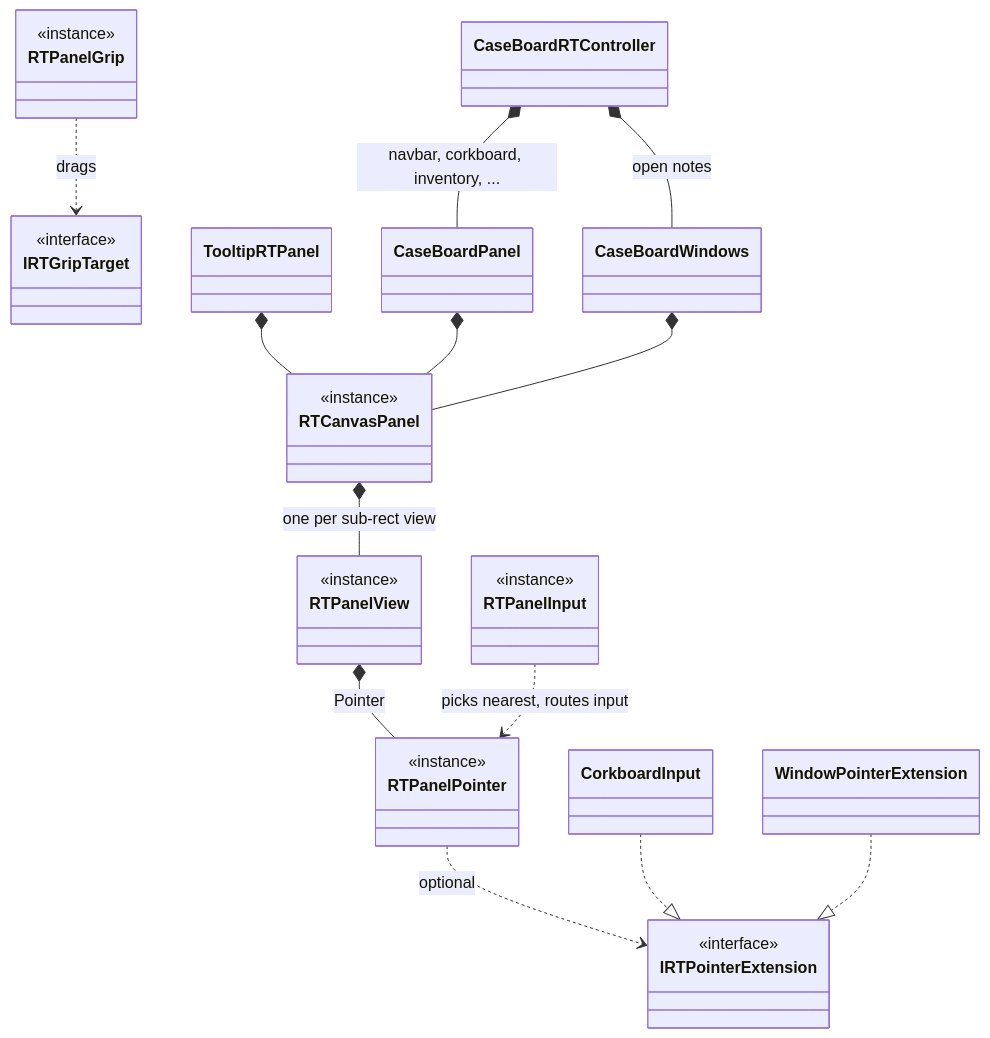
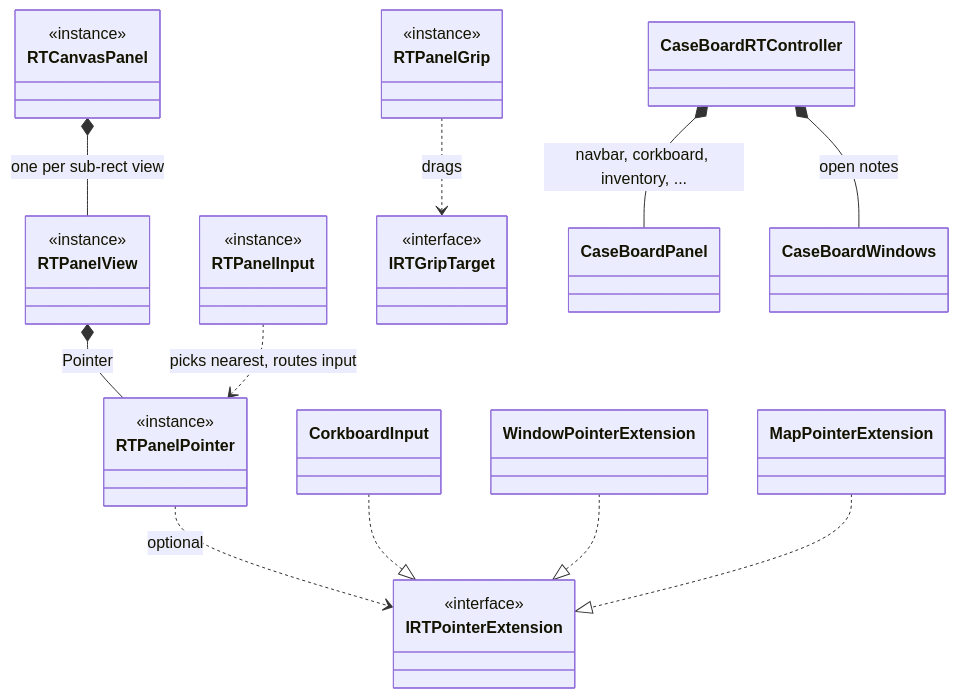
The second of 2 diagrams in ARCHITECTURE.md (wesjones15/Shadows-of-Doubt-VR), drawn with Mermaid before and after one commit. The commit also changed other lines of this file and 1 other file, not shown here.

````diff
--- a/ARCHITECTURE.md
+++ b/ARCHITECTURE.md
@@ -65,24 +74,22 @@
 ```mermaid
 classDiagram
     class RTCanvasPanel { <<instance>> }
     class RTPanelView { <<instance>> }
     class RTPanelPointer { <<instance>> }
     class IRTPointerExtension { <<interface>> }
     class RTPanelInput { <<instance>> }
     class RTPanelGrip { <<instance>> }
     class IRTGripTarget { <<interface>> }
 
     RTCanvasPanel *-- RTPanelView : one per sub-rect view
     RTPanelView *-- RTPanelPointer : Pointer
     RTPanelPointer ..> IRTPointerExtension : optional
     RTPanelInput ..> RTPanelPointer : picks nearest, routes input
     RTPanelGrip ..> IRTGripTarget : drags
 
-    TooltipRTPanel *-- RTCanvasPanel
     CaseBoardRTController *-- CaseBoardPanel : navbar, corkboard, inventory, ...
     CaseBoardRTController *-- CaseBoardWindows : open notes
-    CaseBoardPanel *-- RTCanvasPanel
-    CaseBoardWindows *-- RTCanvasPanel
     CorkboardInput ..|> IRTPointerExtension
     WindowPointerExtension ..|> IRTPointerExtension
+    MapPointerExtension ..|> IRTPointerExtension
 ```
````
